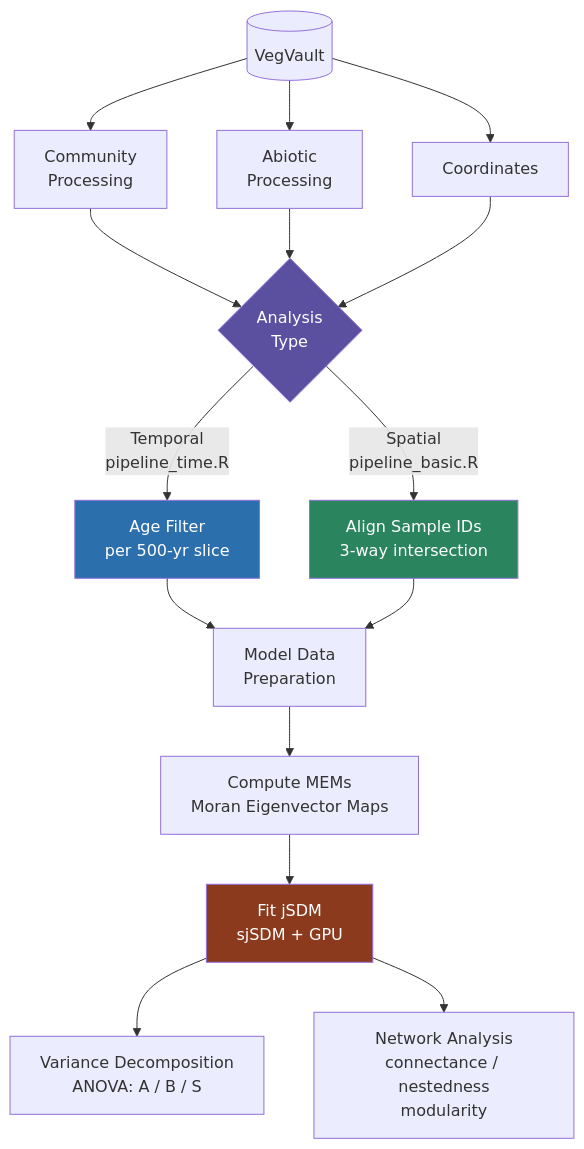
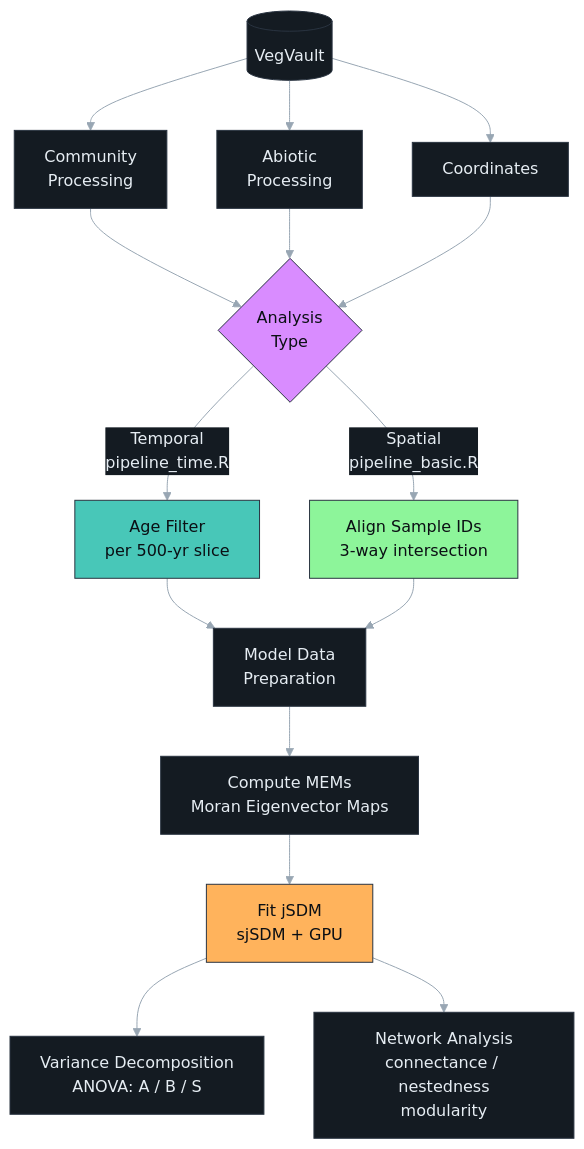
The diagram in website/about.qmd (OndrejMottl/BIODYNAMICS-vegetation-cooccurrence), drawn with Mermaid before and after one commit. The commit also changed 306 other files, not shown here.

````diff
--- a/website/about.qmd
+++ b/website/about.qmd
@@ -83,21 +83,34 @@
 ```{mermaid}
+%%{init: {'theme': 'base', 'themeVariables': {
+  'background': '#0B0F14',
+  'primaryColor': '#141B22',
+  'primaryTextColor': '#E6EDF3',
+  'primaryBorderColor': '#2A3441',
+  'lineColor': '#98A6B3',
+  'secondaryColor': '#141B22',
+  'tertiaryColor': '#141B22',
+  'edgeLabelBackground': '#141B22',
+  'clusterBkg': '#141B22',
+  'titleColor': '#E6EDF3',
+  'fontFamily': 'IBM Plex Mono, monospace'
+}}}%%
 flowchart TD
-    A[(VegVault)] --> B["Community\nProcessing"]
-    A --> C["Abiotic\nProcessing"]
+    A[(VegVault)] --> B["Community<br/>Processing"]
+    A --> C["Abiotic<br/>Processing"]
     A --> D["Coordinates"]
-    B --> E{"Analysis\nType"}
+    B --> E{"Analysis<br/>Type"}
     C --> E
     D --> E
-    E -- "Temporal\npipeline_time.R" --> F["Age Filter\nper 500-yr slice"]
-    E -- "Spatial\npipeline_basic.R" --> G["Align Sample IDs\n3-way intersection"]
-    F --> H["Model Data\nPreparation"]
+    E -- "Temporal<br/>pipeline_time.R" --> F["Age Filter<br/>per 500-yr slice"]
+    E -- "Spatial<br/>pipeline_basic.R" --> G["Align Sample IDs<br/>3-way intersection"]
+    F --> H["Model Data<br/>Preparation"]
     G --> H
-    H --> I["Compute MEMs\nMoran Eigenvector Maps"]
-    I --> J["Fit jSDM\nsjSDM + GPU"]
-    J --> K["Variance Decomposition\nANOVA: A / B / S"]
-    J --> L["Network Analysis\nconnectance / nestedness\nmodularity"]
-    style E fill:#5b4fa0,color:#ffffff
-    style F fill:#2c6fad,color:#ffffff
-    style G fill:#2a855f,color:#ffffff
-    style J fill:#8b3a1e,color:#ffffff
+    H --> I["Compute MEMs<br/>Moran Eigenvector Maps"]
+    I --> J["Fit jSDM<br/>sjSDM + GPU"]
+    J --> K["Variance Decomposition<br/>ANOVA: A / B / S"]
+    J --> L["Network Analysis<br/>connectance / nestedness<br/>modularity"]
+    style E fill:#D98CFF,color:#0B0F14,stroke:#2A3441
+    style F fill:#48C7B8,color:#0B0F14,stroke:#2A3441
+    style G fill:#8DF59A,color:#0B0F14,stroke:#2A3441
+    style J fill:#FFB35C,color:#0B0F14,stroke:#2A3441
 ```
````
